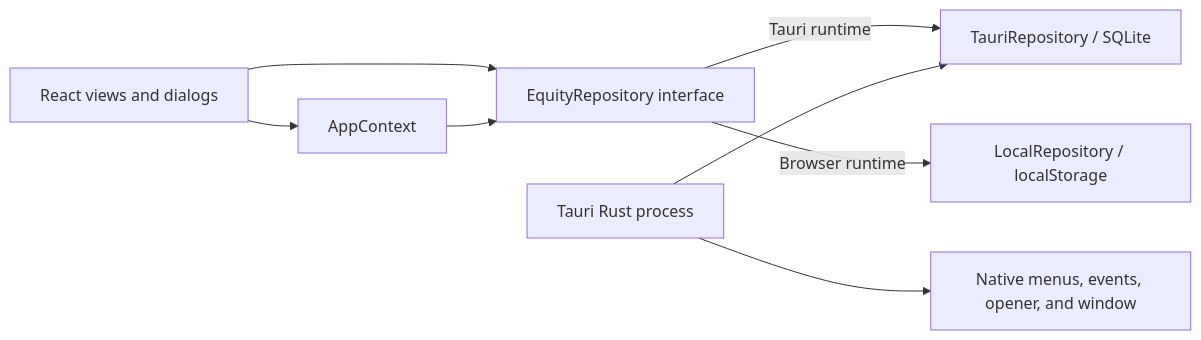
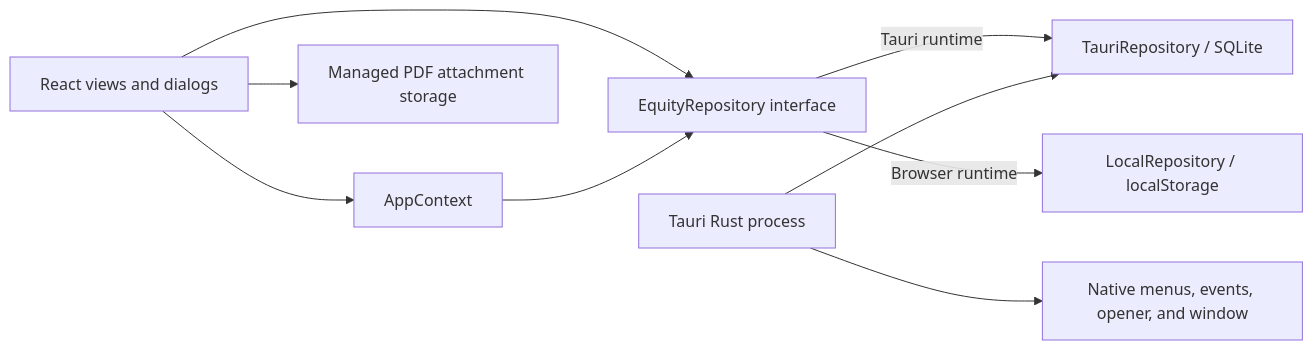
The first of 2 diagrams in TECHNICAL_DOCUMENTATION.md (eztam5/EquityJournal), drawn with Mermaid before and after one commit. The commit also changed other lines of this file and 18 other files, not shown here.

````diff
--- a/TECHNICAL_DOCUMENTATION.md
+++ b/TECHNICAL_DOCUMENTATION.md
@@ -37,10 +38,11 @@
 ```mermaid
 flowchart LR
     UI[React views and dialogs] --> CTX[AppContext]
     UI --> REPO[EquityRepository interface]
+    UI --> FILES[Managed PDF attachment storage]
     CTX --> REPO
     REPO -->|Tauri runtime| SQLITE[TauriRepository / SQLite]
     REPO -->|Browser runtime| LOCAL[LocalRepository / localStorage]
     TAURI[Tauri Rust process] --> SQLITE
     TAURI --> NATIVE[Native menus, events, opener, and window]
 ```
````
